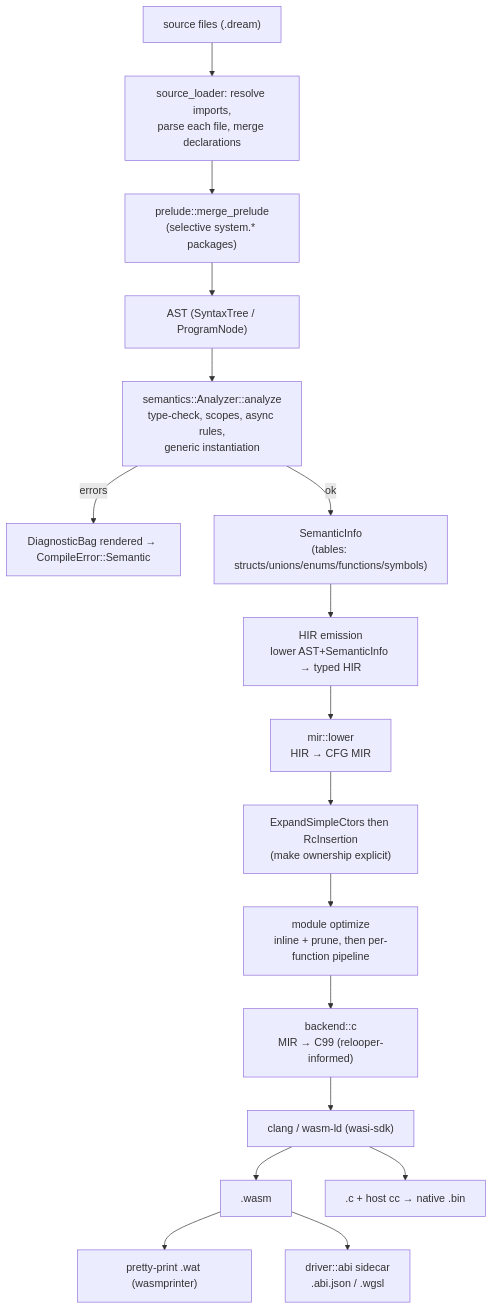
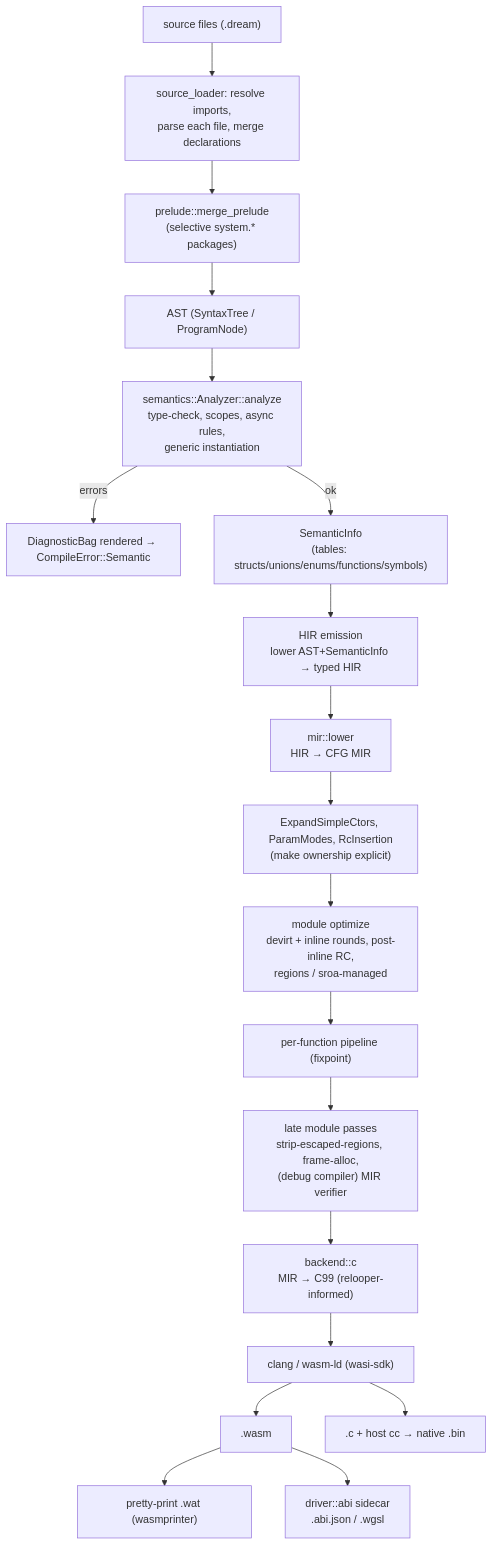
The first of 2 diagrams in docs/internals/01-pipeline-overview.md (sps014/dream), drawn with Mermaid before and after one commit. The commit also changed other lines of this file and 141 other files, not shown here.

````diff
--- a/docs/internals/01-pipeline-overview.md
+++ b/docs/internals/01-pipeline-overview.md
@@ -7,23 +7,25 @@
 ```mermaid
 flowchart TD
     src["source files (.dream)"]
     src --> load["source_loader: resolve imports,\nparse each file, merge declarations"]
     load --> prelude["prelude::merge_prelude\n(selective system.* packages)"]
     prelude --> ast["AST (SyntaxTree / ProgramNode)"]
 
     ast --> analyze["semantics::Analyzer::analyze\ntype-check, scopes, async rules,\ngeneric instantiation"]
     analyze -->|errors| diag["DiagnosticBag rendered → CompileError::Semantic"]
     analyze -->|ok| info["SemanticInfo\n(tables: structs/unions/enums/functions/symbols)"]
 
     info --> hir["HIR emission\nlower AST+SemanticInfo → typed HIR"]
     hir --> mir["mir::lower\nHIR → CFG MIR"]
-    mir --> rc["ExpandSimpleCtors then RcInsertion\n(make ownership explicit)"]
-    rc --> opt["module optimize\ninline + prune, then per-function pipeline"]
-    opt --> emit["backend::c\nMIR → C99 (relooper-informed)"]
+    mir --> rc["ExpandSimpleCtors, ParamModes, RcInsertion\n(make ownership explicit)"]
+    rc --> opt["module optimize\ndevirt + inline rounds, post-inline RC,\nregions / sroa-managed"]
+    opt --> perfn["per-function pipeline (fixpoint)"]
+    perfn --> late["late module passes\nstrip-escaped-regions, frame-alloc,\n(debug compiler) MIR verifier"]
+    late --> emit["backend::c\nMIR → C99 (relooper-informed)"]
 
     emit --> cc["clang / wasm-ld (wasi-sdk)"]
     cc --> wasm[".wasm"]
     cc --> nat[".c + host cc → native .bin"]
     wasm --> wat["pretty-print .wat (wasmprinter)"]
     wasm --> abi["driver::abi sidecar\n.abi.json / .wgsl"]
 ```
````
